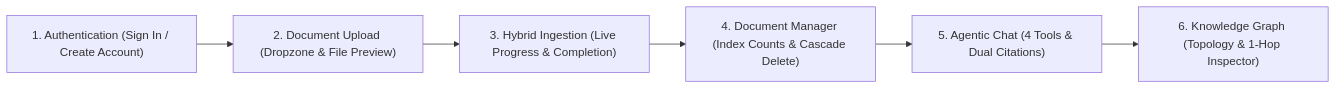
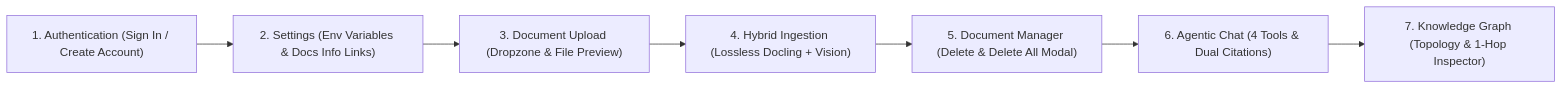
One commit to Dronanaik/adk_rag changed the diagram in docs/USER_GUIDE.md. Above: the diagram before and after it, drawn with Mermaid. The commit also changed other lines of this file and 19 other files, not shown here.

Commit message:
feat(v2.3.3): Delete All confirmation modal, Docling vision image extraction, icon-only chat send, and E2E docs

````diff
--- a/docs/USER_GUIDE.md
+++ b/docs/USER_GUIDE.md
@@ -11,8 +11,9 @@
 ```mermaid
 flowchart LR
-    A["1. Authentication (Sign In / Create Account)"] --> B["2. Document Upload (Dropzone & File Preview)"]
-    B --> C["3. Hybrid Ingestion (Live Progress & Completion)"]
-    C --> D["4. Document Manager (Index Counts & Cascade Delete)"]
-    D --> E["5. Agentic Chat (4 Tools & Dual Citations)"]
-    E --> F["6. Knowledge Graph (Topology & 1-Hop Inspector)"]
+    A["1. Authentication (Sign In / Create Account)"] --> S["2. Settings (Env Variables & Docs Info Links)"]
+    S --> B["3. Document Upload (Dropzone & File Preview)"]
+    B --> C["4. Hybrid Ingestion (Lossless Docling + Vision)"]
+    C --> D["5. Document Manager (Delete & Delete All Modal)"]
+    D --> E["6. Agentic Chat (4 Tools & Dual Citations)"]
+    E --> F["7. Knowledge Graph (Topology & 1-Hop Inspector)"]
 ```
````
